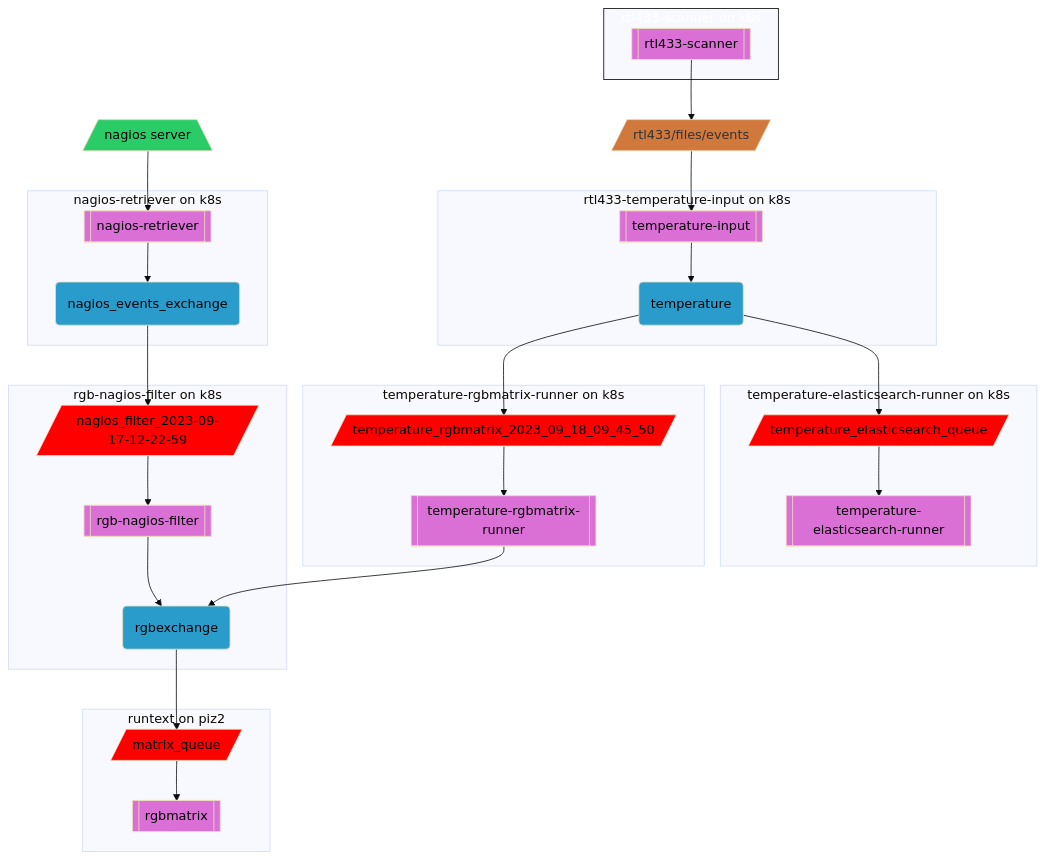
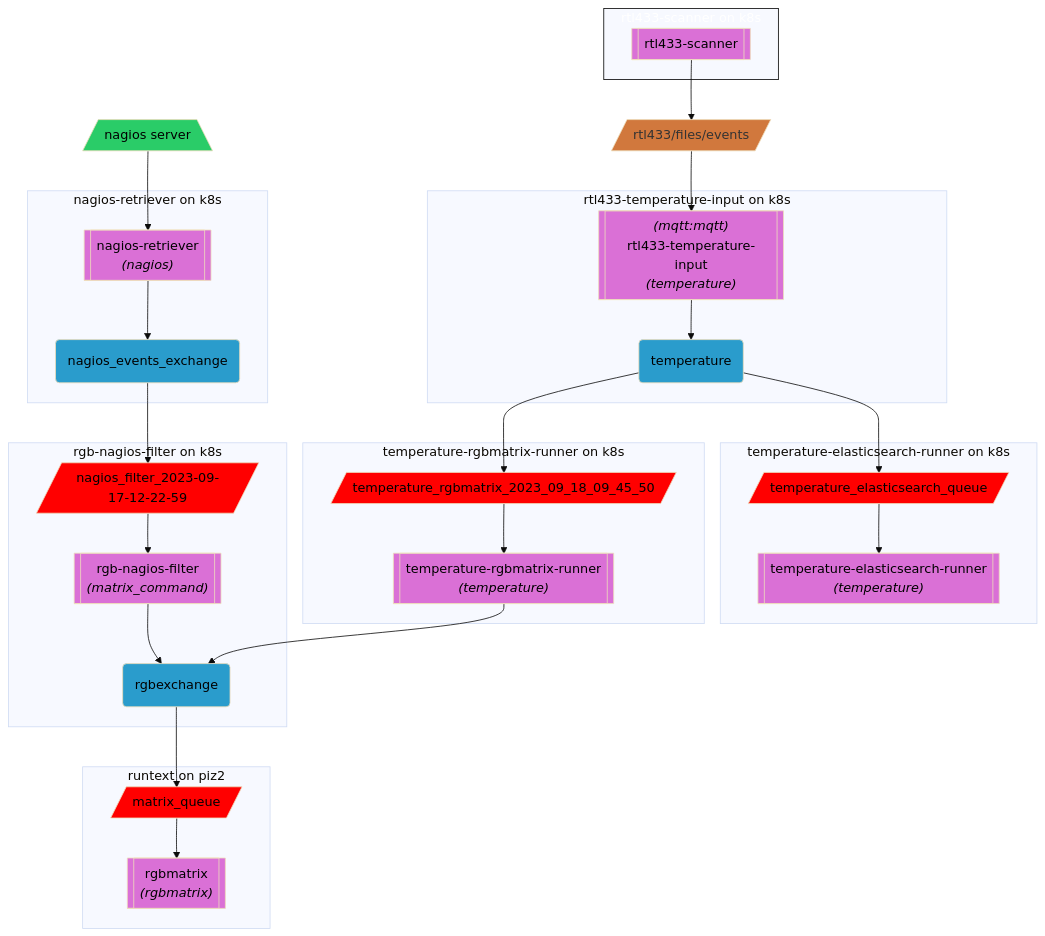
The second of 2 diagrams in README.md (mmaschenk/homeapi), drawn with Mermaid (base theme) before and after one commit. The commit also changed 1 other file, not shown here.

Commit message:
Added authentication roles

````diff
--- a/README.md
+++ b/README.md
@@ -50,54 +50,61 @@
 ```mermaid
 flowchart TB
 
     classDef script fill:#da70d6,color:#000;
     classDef server fill:#2acc68ff,color:#000;
     classDef exchange fill:#2a9ccc,color:#000;
     classDef queue fill:#ff0000,color:#000;
     classDef mqtt fill:#d1783dff;
     style box color:#fff,stroke:#000;
 
-    nagios_server[/nagios server\]:::server --> nagios_retriever[[nagios-retriever]]
+    nagios_server[/nagios server\]:::server --> nagios_retriever[["`nagios-retriever
+    *(nagios)*`"]]
 
     subgraph retriever[nagios-retriever on k8s]
         nagios_retriever:::script --> nagios_events_exchange(nagios_events_exchange):::exchange
     end
 
     subgraph filter[rgb-nagios-filter on k8s]
-        nagios_filter_queue[/nagios_filter_2023-09-17-12-22-59/]:::queue --> nagios_filter[[rgb-nagios-filter]]
+        nagios_filter_queue[/nagios_filter_2023-09-17-12-22-59/]:::queue --> nagios_filter[["`rgb-nagios-filter
+        *(matrix_command)*`"]]
         nagios_filter:::script --> rgbexchange(rgbexchange):::exchange
     end
 
     nagios_events_exchange --> nagios_filter_queue
 
     subgraph runtext[runtext on piz2]
-        matrix_queue[/matrix_queue/]:::queue --> rgbmatrix[[rgbmatrix]]:::script
+        matrix_queue[/matrix_queue/]:::queue --> rgbmatrix[["`rgbmatrix
+        *(rgbmatrix)*`"]]:::script
     end
 
     rgbexchange --> matrix_queue
 
     rtl433_mqtt[/rtl433/files/events/]:::mqtt --> temperature_input
     rtl433_scanner:::script --> rtl433_mqtt
 
     subgraph box[rtl433-scanner on k8s]
         rtl433_scanner[[rtl433-scanner]]:::script
     end
 
     subgraph rtl433_input[ rtl433-temperature-input on k8s]
-        temperature_input[[temperature-input]]:::script --> temperature(temperature):::exchange
+        temperature_input[["`*(mqtt:mqtt)*
+        rtl433-temperature-input
+        *(temperature)*`"]]:::script --> temperature(temperature):::exchange
     end
 
     temperature --> temperature_matrix_queue:::queue
 
     subgraph temperature_matrix[ temperature-rgbmatrix-runner on k8s]
-        temperature_matrix_queue[/temperature_rgbmatrix_2023_09_18_09_45_50/]:::queue --> temperature_rgbmatrix[[temperature-rgbmatrix-runner]]:::script
+        temperature_matrix_queue[/temperature_rgbmatrix_2023_09_18_09_45_50/]:::queue --> temperature_rgbmatrix[["`temperature#8209;rgbmatrix#8209;runner
+        *(temperature)*`"]]:::script
     end
 
     temperature_rgbmatrix --> rgbexchange
 
     temperature --> temperature_elastic_queue
     subgraph elasticsearch_runner[ temperature-elasticsearch-runner on k8s]
-        temperature_elastic_queue[/temperature_elasticsearch_queue/]:::queue --> raw_elasticsearch[[temperature-elasticsearch-runner]]:::script
+        temperature_elastic_queue[/temperature_elasticsearch_queue/]:::queue --> raw_elasticsearch[["`temperature#8209;elasticsearch#8209;runner
+        *(temperature)*`"]]:::script
     end
 
 ```
````
